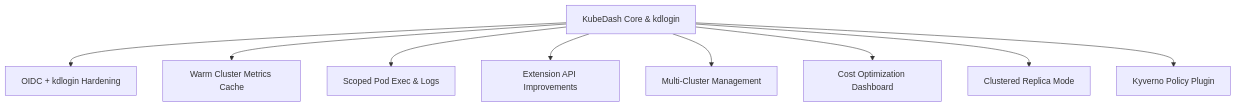
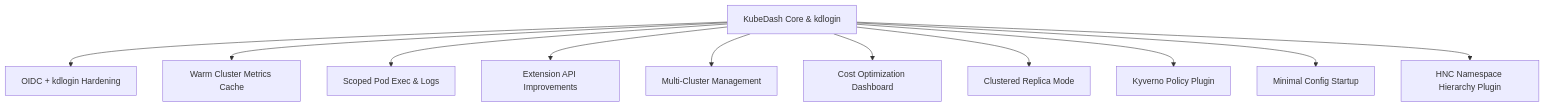
The diagram in project/prd/INDEX.md (devopstales/KubeDash), drawn with Mermaid before and after one commit. The commit also changed other lines of this file and 621 other files, not shown here.

````diff
--- a/project/prd/INDEX.md
+++ b/project/prd/INDEX.md
@@ -7,11 +7,13 @@
 ```mermaid
 graph TD
     CORE[KubeDash Core & kdlogin] --> PRD_OIDC[OIDC + kdlogin Hardening]
     CORE --> PRD_METRICS[Warm Cluster Metrics Cache]
     CORE --> PRD_EXECLOG[Scoped Pod Exec & Logs]
     CORE --> PRD_EXTAPI[Extension API Improvements]
     CORE --> PRD_MULTICLUSTER[Multi‑Cluster Management]
     CORE --> PRD_COST[Cost Optimization Dashboard]
     CORE --> PRD_CLUSTERED[Clustered Replica Mode]
     CORE --> PRD_KYVERNO[Kyverno Policy Plugin]
+    CORE --> PRD_MINIMALCFG[Minimal Config Startup]
+    CORE --> PRD_HNC[HNC Namespace Hierarchy Plugin]
 ```
````
